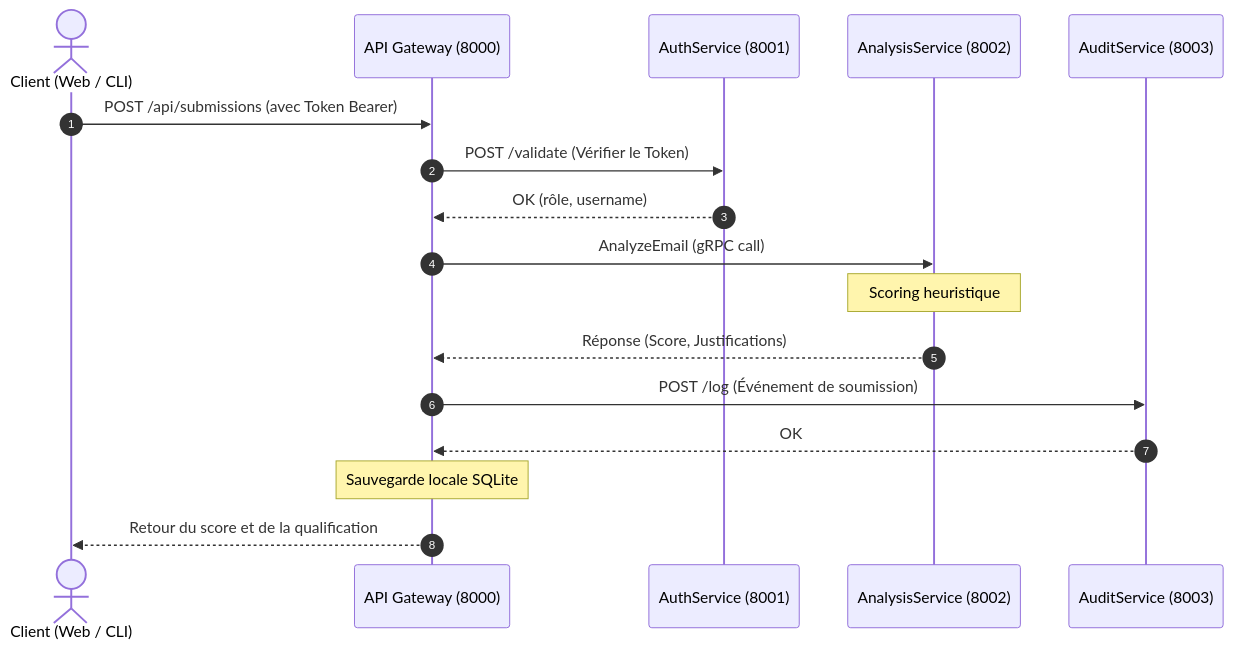
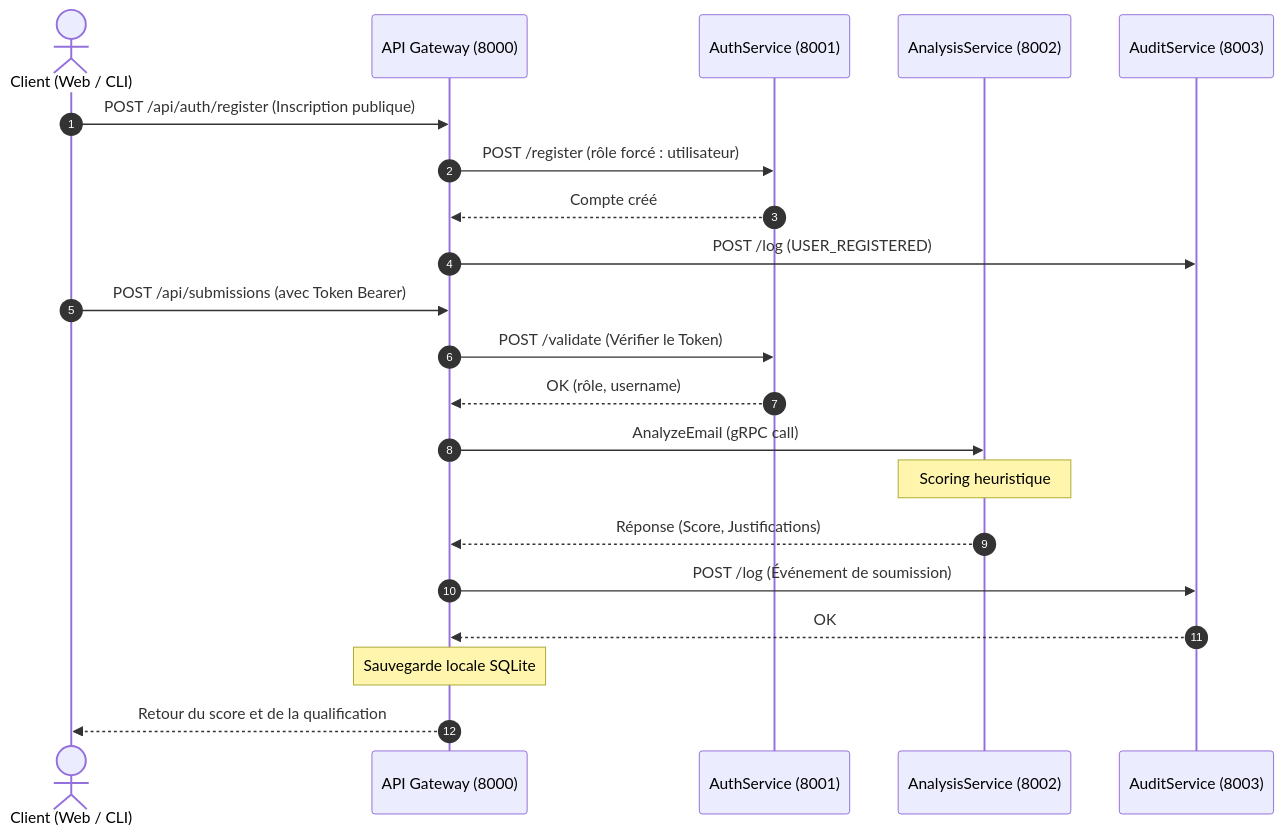
One commit to metogheobiangsimplicedariel-ui/End-semmester-project changed the diagram in rapport.md. Above: the diagram before and after it, drawn with Mermaid. The commit also changed other lines of this file and 5 other files, not shown here.

````diff
--- a/rapport.md
+++ b/rapport.md
@@ -24,20 +25,25 @@
 ```mermaid
 sequenceDiagram
     autonumber
     actor Client as Client (Web / CLI)
     participant GW as API Gateway (8000)
     participant Auth as AuthService (8001)
     participant Analysis as AnalysisService (8002)
     participant Audit as AuditService (8003)
+
+    Client->>GW: POST /api/auth/register (Inscription publique)
+    GW->>Auth: POST /register (rôle forcé : utilisateur)
+    Auth-->>GW: Compte créé
+    GW->>Audit: POST /log (USER_REGISTERED)
 
     Client->>GW: POST /api/submissions (avec Token Bearer)
     GW->>Auth: POST /validate (Vérifier le Token)
     Auth-->>GW: OK (rôle, username)
     GW->>Analysis: AnalyzeEmail (gRPC call)
     Note over Analysis: Scoring heuristique
     Analysis-->>GW: Réponse (Score, Justifications)
     GW->>Audit: POST /log (Événement de soumission)
     Audit-->>GW: OK
     Note over GW: Sauvegarde locale SQLite
     GW-->>Client: Retour du score et de la qualification
 ```
````
